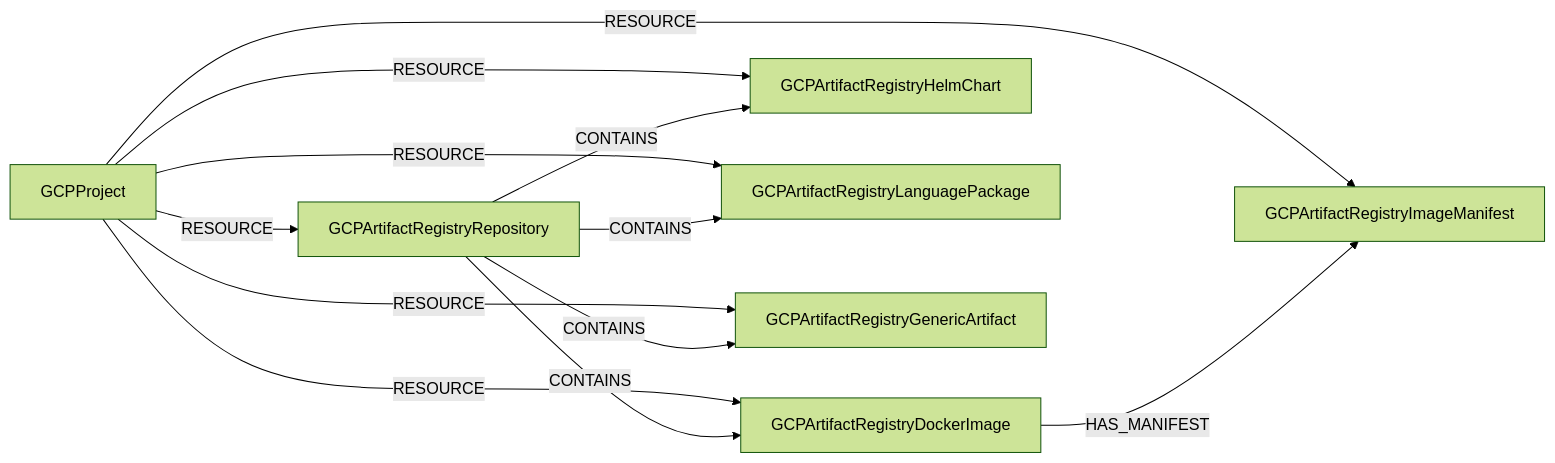
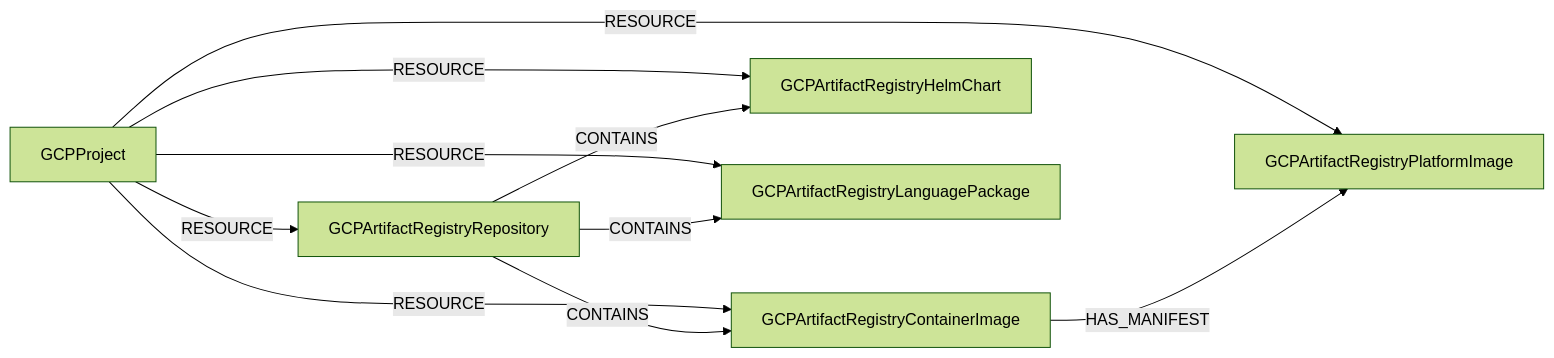
The second of 2 diagrams in docs/root/modules/gcp/schema.md (cartography-cncf/cartography), drawn with Mermaid (forest theme) before and after one commit. The commit also changed other lines of this file and 5 other files, not shown here.

````diff
--- a/docs/root/modules/gcp/schema.md
+++ b/docs/root/modules/gcp/schema.md
@@ -1444,22 +1444,19 @@
 ```mermaid
 graph LR
     Project[GCPProject]
     Repository[GCPArtifactRegistryRepository]
-    DockerImage[GCPArtifactRegistryDockerImage]
+    ContainerImage[GCPArtifactRegistryContainerImage]
     HelmChart[GCPArtifactRegistryHelmChart]
     LanguagePackage[GCPArtifactRegistryLanguagePackage]
-    GenericArtifact[GCPArtifactRegistryGenericArtifact]
-    Manifest[GCPArtifactRegistryImageManifest]
+    PlatformImage[GCPArtifactRegistryPlatformImage]
 
     Project -->|RESOURCE| Repository
-    Project -->|RESOURCE| DockerImage
+    Project -->|RESOURCE| ContainerImage
     Project -->|RESOURCE| HelmChart
     Project -->|RESOURCE| LanguagePackage
-    Project -->|RESOURCE| GenericArtifact
-    Project -->|RESOURCE| Manifest
-    Repository -->|CONTAINS| DockerImage
+    Project -->|RESOURCE| PlatformImage
+    Repository -->|CONTAINS| ContainerImage
     Repository -->|CONTAINS| HelmChart
     Repository -->|CONTAINS| LanguagePackage
-    Repository -->|CONTAINS| GenericArtifact
-    DockerImage -->|HAS_MANIFEST| Manifest
+    ContainerImage -->|HAS_MANIFEST| PlatformImage
 ```
````
